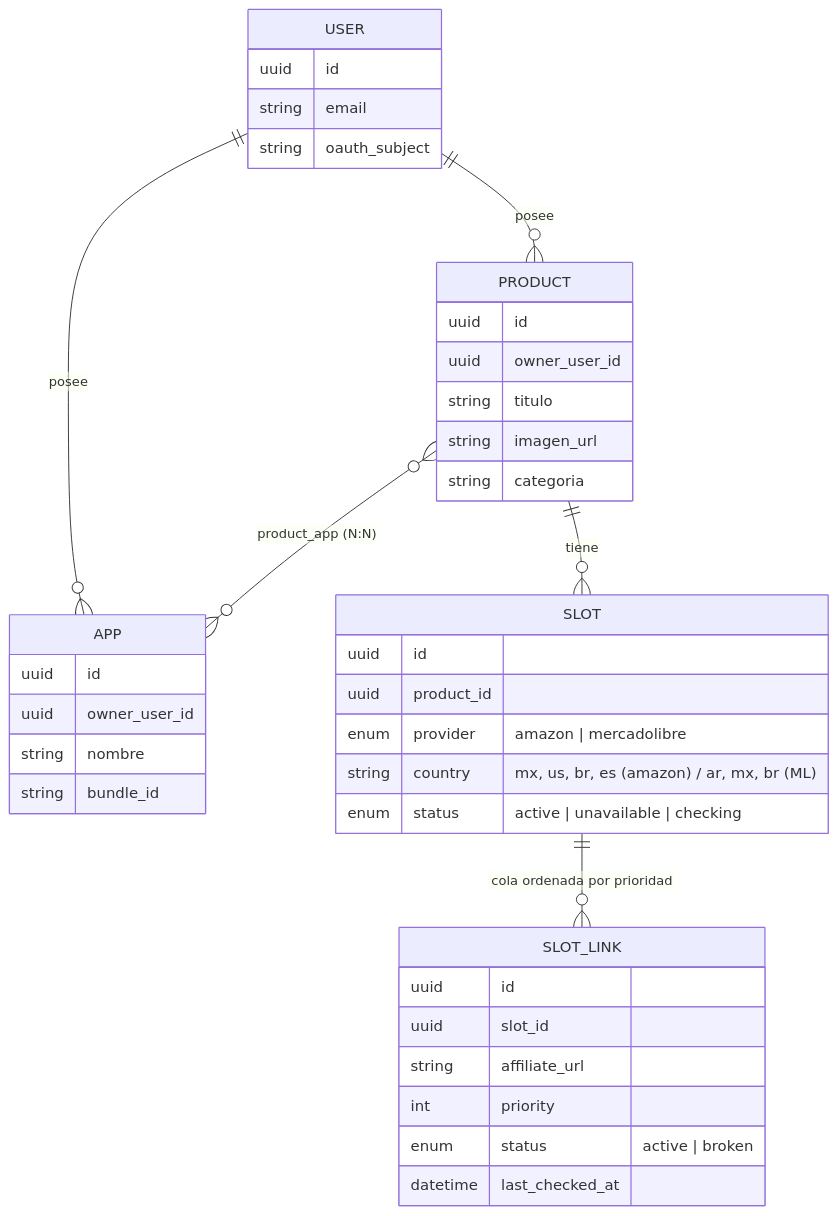
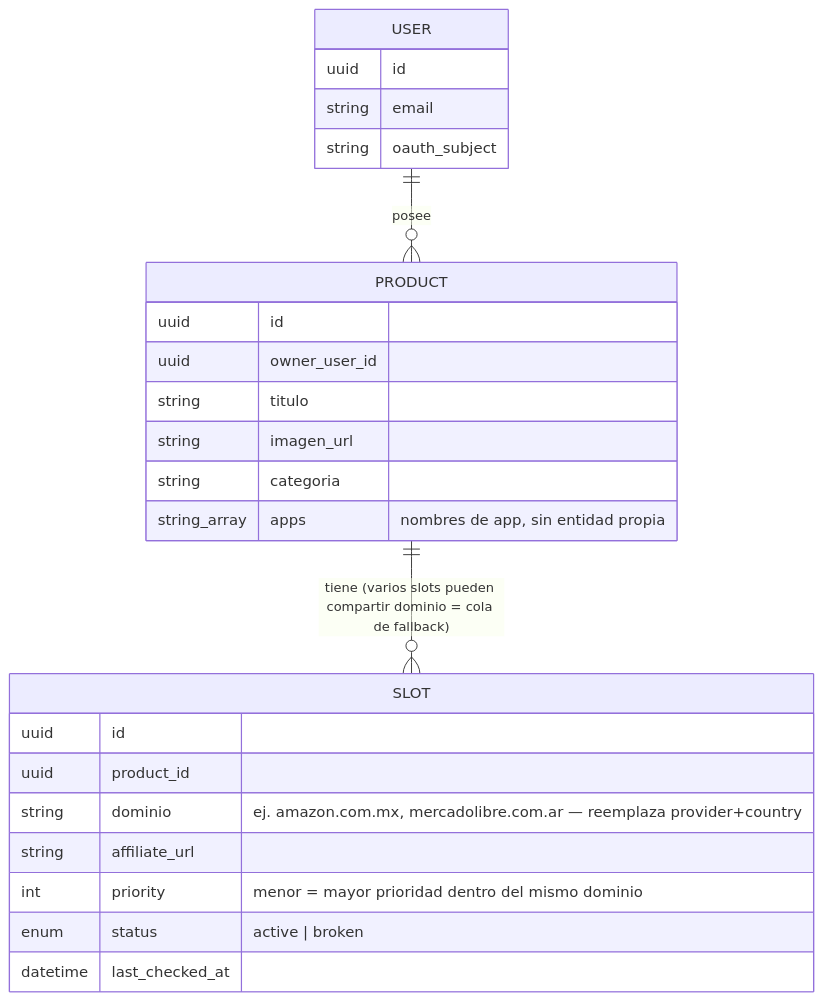
Before and after one commit to AbelAngelOk/affiliate-link-manager: the first of 2 diagrams in 01-solucion-final.md, drawn with Mermaid. The commit also changed other lines of this file and 174 other files, not shown here.

````diff
--- a/01-solucion-final.md
+++ b/01-solucion-final.md
@@ -111,42 +112,28 @@
 ```mermaid
 erDiagram
-    USER ||--o{ APP : posee
     USER ||--o{ PRODUCT : posee
-    PRODUCT }o--o{ APP : "product_app (N:N)"
-    PRODUCT ||--o{ SLOT : tiene
-    SLOT ||--o{ SLOT_LINK : "cola ordenada por prioridad"
+    PRODUCT ||--o{ SLOT : "tiene (varios slots pueden compartir dominio = cola de fallback)"
 
     USER {
         uuid id
         string email
         string oauth_subject
-    }
-    APP {
-        uuid id
-        uuid owner_user_id
-        string nombre
-        string bundle_id
     }
     PRODUCT {
         uuid id
         uuid owner_user_id
         string titulo
         string imagen_url
         string categoria
+        string_array apps "nombres de app, sin entidad propia"
     }
     SLOT {
         uuid id
         uuid product_id
-        enum provider "amazon | mercadolibre"
-        string country "mx, us, br, es (amazon) / ar, mx, br (ML)"
-        enum status "active | unavailable | checking"
-    }
-    SLOT_LINK {
-        uuid id
-        uuid slot_id
+        string dominio "ej. amazon.com.mx, mercadolibre.com.ar — reemplaza provider+country"
         string affiliate_url
-        int priority
+        int priority "menor = mayor prioridad dentro del mismo dominio"
         enum status "active | broken"
         datetime last_checked_at
     }
 ```
````
